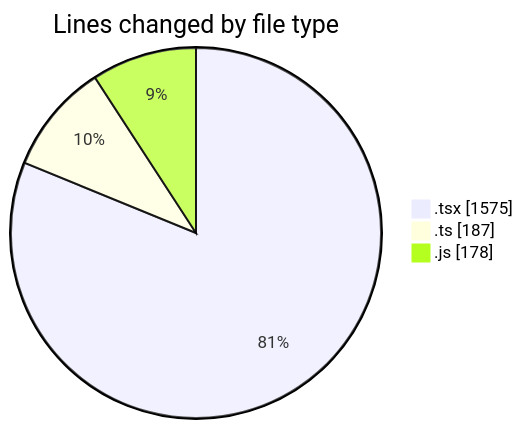
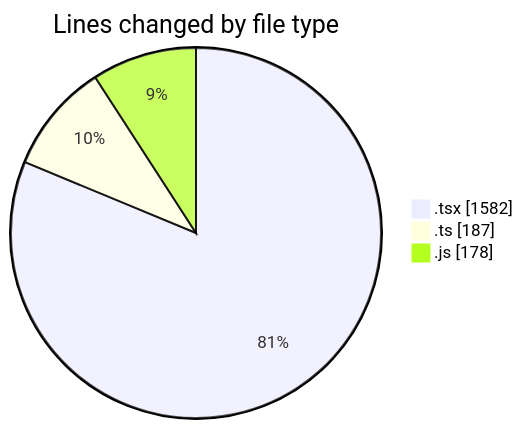
One commit to robertbonfada/code-tracking changed the first of 2 diagrams in 2025-02-03/mbc-web/README.md. Above: the diagram before and after it, drawn with Mermaid. The commit also changed other lines of this file and 1 other file, not shown here.

````diff
--- a/2025-02-03/mbc-web/README.md
+++ b/2025-02-03/mbc-web/README.md
@@ -28,7 +28,7 @@
 ```mermaid
 pie showData
 title Lines changed by file type
-".tsx" : 1575
+".tsx" : 1582
 ".ts" : 187
 ".js" : 178
 ```
````
